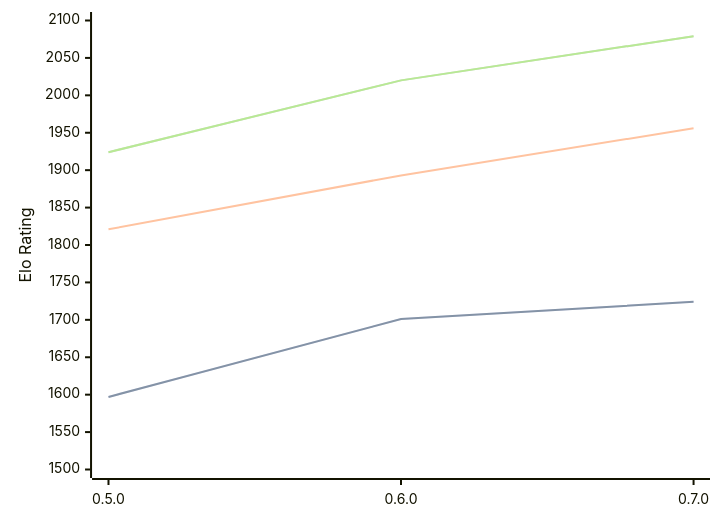
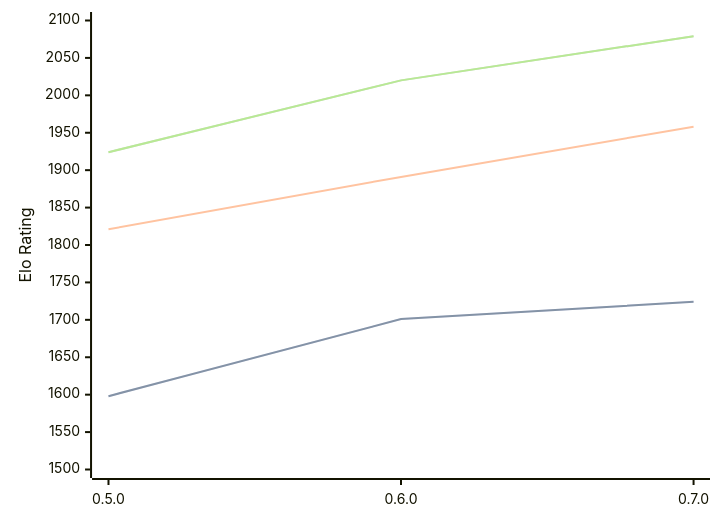
Before and after one commit to computer-chess-index/cci: the diagram in engines/Chess-rs.md, drawn with Mermaid. The commit also changed other lines of this file, not shown here.

````diff
--- a/engines/Chess-rs.md
+++ b/engines/Chess-rs.md
@@ -41,11 +41,11 @@
 ```mermaid
 %%{init: {"theme":"base","themeVariables":{"seriesColors:['#a3a3a3','#222221','#faa371']}}}%%
 xychart-beta
   x-axis ["0.5.0", "0.6.0", "0.7.0"]
   y-axis "Elo Rating" 1500 --> 2100
-  line "STC (8.0+0.08s)" [1597, 1701, 1724]
-  line "STC (8.0+0.08s)" [1597, 1701, 1724]
-  line "LTC (60.0+0.60s)" [1821, 1893, 1956]
+  line "STC (8.0+0.08s)" [1598, 1701, 1724]
+  line "STC (8.0+0.08s)" [1598, 1701, 1724]
+  line "LTC (60.0+0.60s)" [1821, 1891, 1958]
   line "VLTC (2m24s+1.12s)" [1924, 2020, 2079]
   line "VLTC (2m24s+1.12s)" [1924, 2020, 2079]
 ```
````
